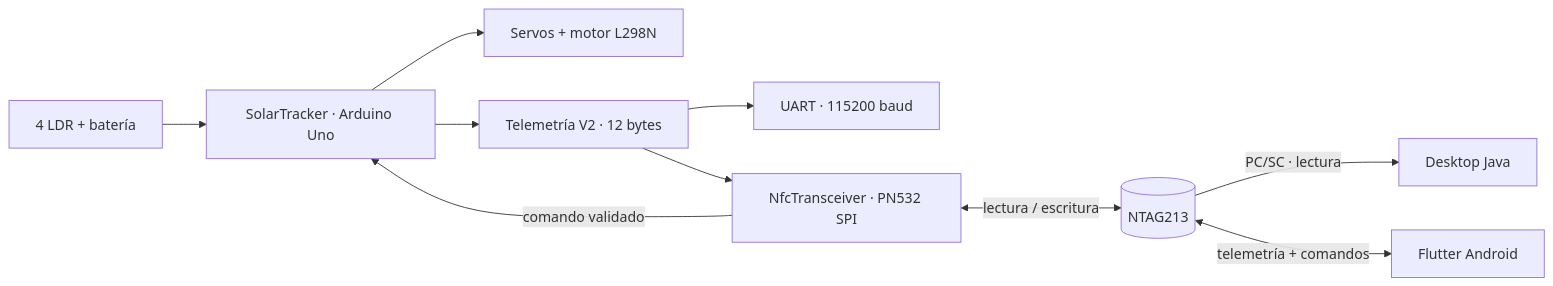
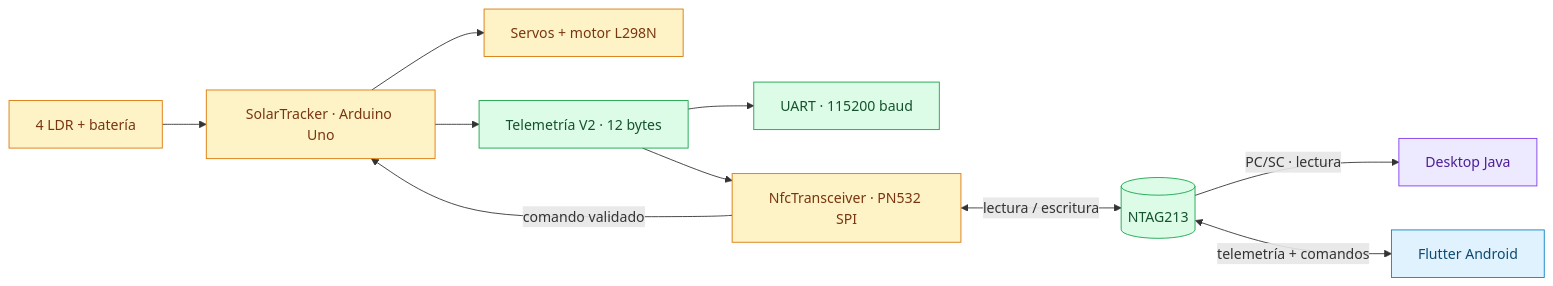
The second of 15 diagrams in README.md (RamsesCB/heliostrand-nfc-core-cpp), drawn with Mermaid before and after one commit. The commit also changed other lines of this file and 1 other file, not shown here.

Commit message:
docs: expand visual architecture and customization guide

````diff
--- a/README.md
+++ b/README.md
@@ -37,12 +114,20 @@
 ```mermaid
 flowchart LR
     Sensors["4 LDR + batería"] --> Tracker["SolarTracker · Arduino Uno"]
     Tracker --> Actuators["Servos + motor L298N"]
     Tracker --> Frame["Telemetría V2 · 12 bytes"]
     Frame --> Serial["UART · 115200 baud"]
     Frame --> Writer["NfcTransceiver · PN532 SPI"]
     Writer <-->|"lectura / escritura"| Tag[("NTAG213")]
     Tag -->|"PC/SC · lectura"| Java["Desktop Java"]
     Tag <-->|"telemetría + comandos"| Mobile["Flutter Android"]
     Writer -->|"comando validado"| Tracker
+    classDef robot fill:#FEF3C7,color:#78350F,stroke:#D97706;
+    classDef data fill:#DCFCE7,color:#14532D,stroke:#16A34A;
+    classDef mobile fill:#E0F2FE,color:#0C4A6E,stroke:#0284C7;
+    classDef desktop fill:#EDE9FE,color:#4C1D95,stroke:#7C3AED;
+    class Sensors,Tracker,Actuators,Writer robot;
+    class Frame,Serial,Tag data;
+    class Java desktop;
+    class Mobile mobile;
 ```
````
